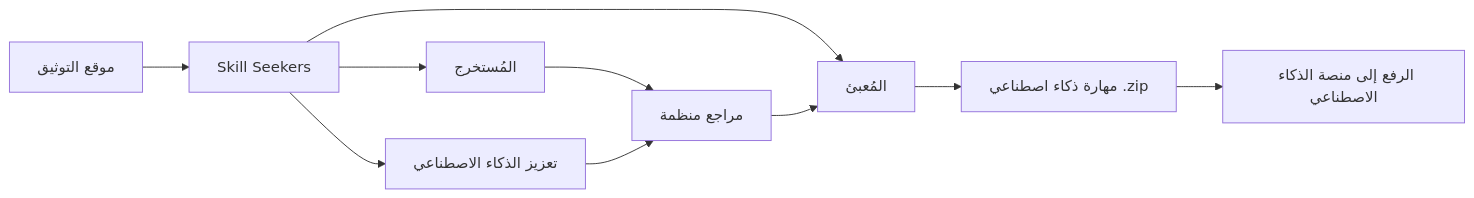
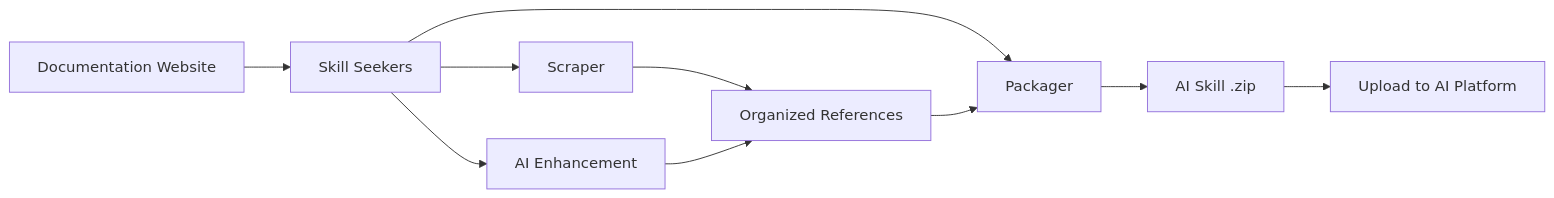
Before and after one commit to yusufkaraaslan/Skill_Seekers: the diagram in README.ar.md, drawn with Mermaid. The commit also changed other lines of this file and 10 other files, not shown here.

````diff
--- a/README.ar.md
+++ b/README.ar.md
@@ -968,12 +322,12 @@
 ```mermaid
 graph LR
-    A[موقع التوثيق] --> B[Skill Seekers]
-    B --> C[المُستخرج]
-    B --> D[تعزيز الذكاء الاصطناعي]
-    B --> E[المُعبئ]
-    C --> F[مراجع منظمة]
+    A[Documentation Website] --> B[Skill Seekers]
+    B --> C[Scraper]
+    B --> D[AI Enhancement]
+    B --> E[Packager]
+    C --> F[Organized References]
     D --> F
     F --> E
-    E --> G[مهارة ذكاء اصطناعي .zip]
-    G --> H[الرفع إلى منصة الذكاء الاصطناعي]
+    E --> G[AI Skill .zip]
+    G --> H[Upload to AI Platform]
 ```
````
